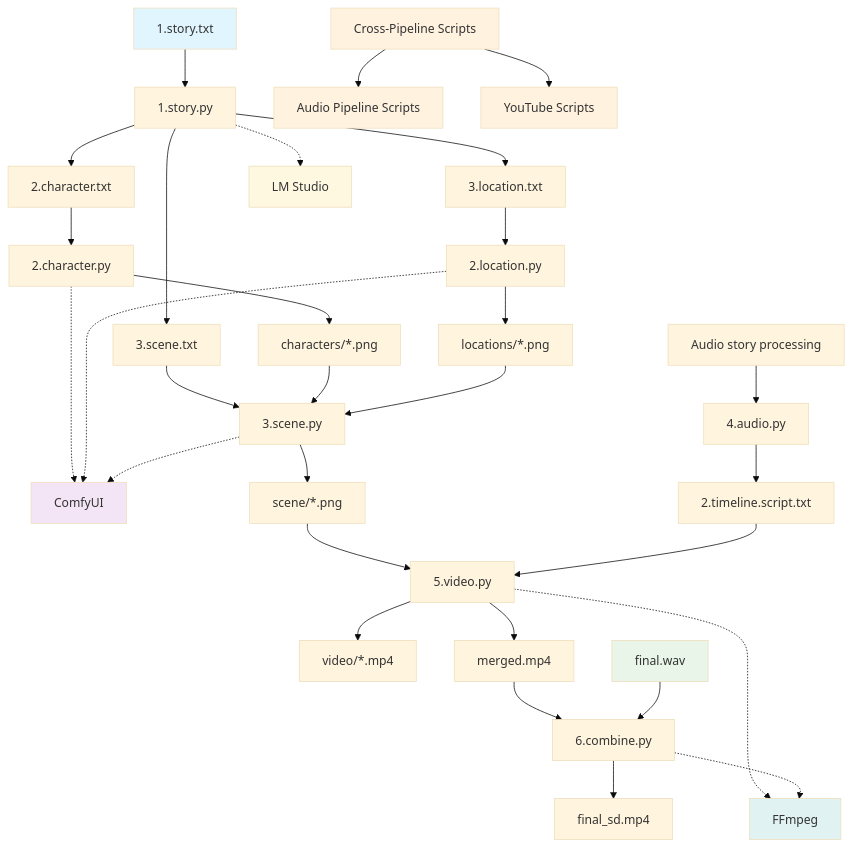
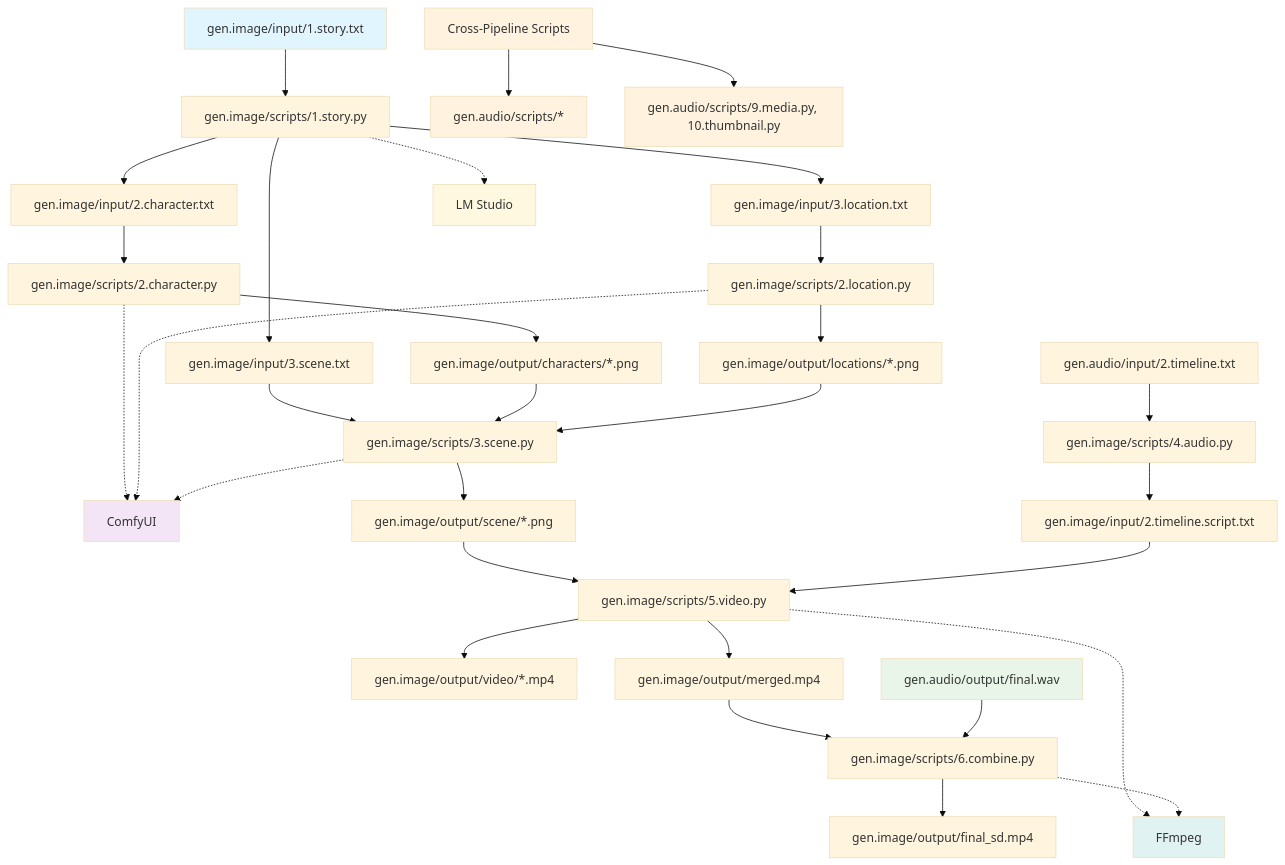
The second of 4 diagrams in README.md (prskid1000/AI-Content-Pipelines), drawn with Mermaid (base theme) before and after one commit. The commit also changed other lines of this file and 19 other files, not shown here.

````diff
--- a/README.md
+++ b/README.md
@@ -684,48 +696,48 @@
 ```mermaid
 graph TD
-    A[1.story.txt] --> B[1.story.py]
-    B --> I[2.character.txt]
-    B --> I2[3.location.txt]
-    B --> J[3.scene.txt]
+    A[gen.image/input/1.story.txt] --> B[gen.image/scripts/1.story.py]
+    B --> I[gen.image/input/2.character.txt]
+    B --> I2[gen.image/input/3.location.txt]
+    B --> J[gen.image/input/3.scene.txt]
     B -.-> H[LM Studio]
     
-    I --> C[2.character.py]
-    C --> M[characters/*.png]
+    I --> C[gen.image/scripts/2.character.py]
+    C --> M[gen.image/output/characters/*.png]
     C -.-> L[ComfyUI]
     
-    I2 --> C2[2.location.py]
-    C2 --> M2[locations/*.png]
+    I2 --> C2[gen.image/scripts/2.location.py]
+    C2 --> M2[gen.image/output/locations/*.png]
     C2 -.-> L
     
-    J --> D[3.scene.py]
+    J --> D[gen.image/scripts/3.scene.py]
     M --> D
     M2 --> D
-    D --> N[scene/*.png]
+    D --> N[gen.image/output/scene/*.png]
     D -.-> L
     
-    K[Audio story processing] --> E[4.audio.py]
-    E --> P[2.timeline.script.txt]
+    K[gen.audio/input/2.timeline.txt] --> E[gen.image/scripts/4.audio.py]
+    E --> P[gen.image/input/2.timeline.script.txt]
     
-    N --> F[5.video.py]
+    N --> F[gen.image/scripts/5.video.py]
     P --> F
-    F --> R[video/*.mp4]
-    F --> S[merged.mp4]
+    F --> R[gen.image/output/video/*.mp4]
+    F --> S[gen.image/output/merged.mp4]
     F -.-> Q[FFmpeg]
     
-    S --> G[6.combine.py]
-    AA[final.wav] --> G
-    G --> T[final_sd.mp4]
+    S --> G[gen.image/scripts/6.combine.py]
+    AA[gen.audio/output/final.wav] --> G
+    G --> T[gen.image/output/final_sd.mp4]
     G -.-> Q
     
-    U[Cross-Pipeline Scripts] --> V[Audio Pipeline Scripts]
-    U --> W[YouTube Scripts]
+    U[Cross-Pipeline Scripts] --> V[gen.audio/scripts/*]
+    U --> W[gen.audio/scripts/9.media.py, 10.thumbnail.py]
     
     style A fill:#e1f5fe
     style H fill:#fff8e1
     style L fill:#f3e5f5
     style Q fill:#e0f2f1
     style U fill:#fff3e0
     style V fill:#fff3e0
     style W fill:#fff3e0
     style AA fill:#e8f5e8
 ```
````
